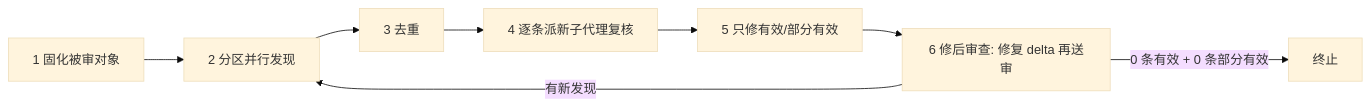
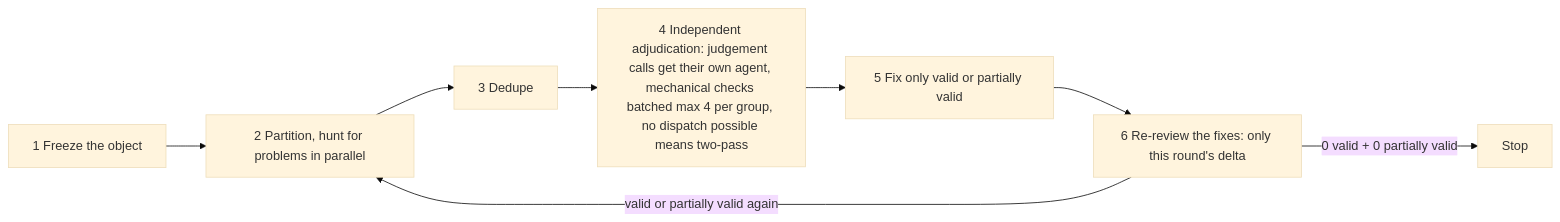
The diagram in skills/engineering/adversarial-review-loop/SKILL.md (CaffreySun/skills), drawn with Mermaid (base theme) before and after one commit. The commit also changed other lines of this file and 10 other files, not shown here.

````diff
--- a/skills/engineering/adversarial-review-loop/SKILL.md
+++ b/skills/engineering/adversarial-review-loop/SKILL.md
@@ -12,10 +43,10 @@
 ```mermaid
 flowchart LR
-  A[1 固化被审对象] --> B[2 分区并行发现]
-  B --> C[3 去重]
-  C --> D[4 逐条派新子代理复核]
-  D --> E[5 只修有效/部分有效]
-  E --> F[6 修后审查: 修复 delta 再送审]
-  F -->|0 条有效 + 0 条部分有效| G[终止]
-  F -->|有新发现| B
+  A[1 Freeze the object] --> B[2 Partition, hunt for problems in parallel]
+  B --> C[3 Dedupe]
+  C --> D[4 Independent adjudication: judgement calls get their own agent, mechanical checks batched max 4 per group, no dispatch possible means two-pass]
+  D --> E[5 Fix only valid or partially valid]
+  E --> F[6 Re-review the fixes: only this round's delta]
+  F -->|0 valid + 0 partially valid| G[Stop]
+  F -->|valid or partially valid again| B
 ```
````
